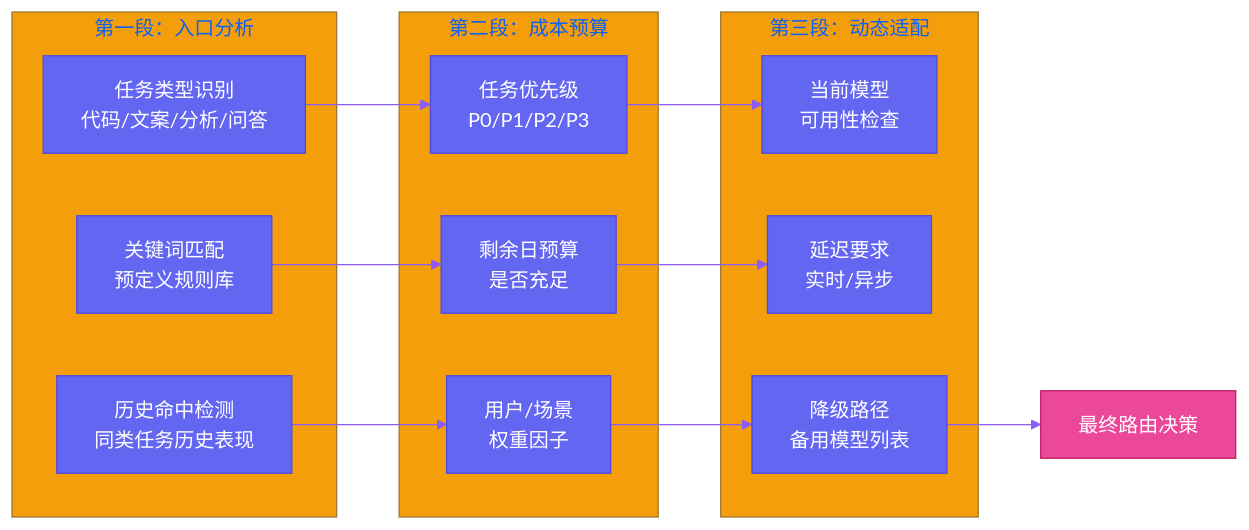
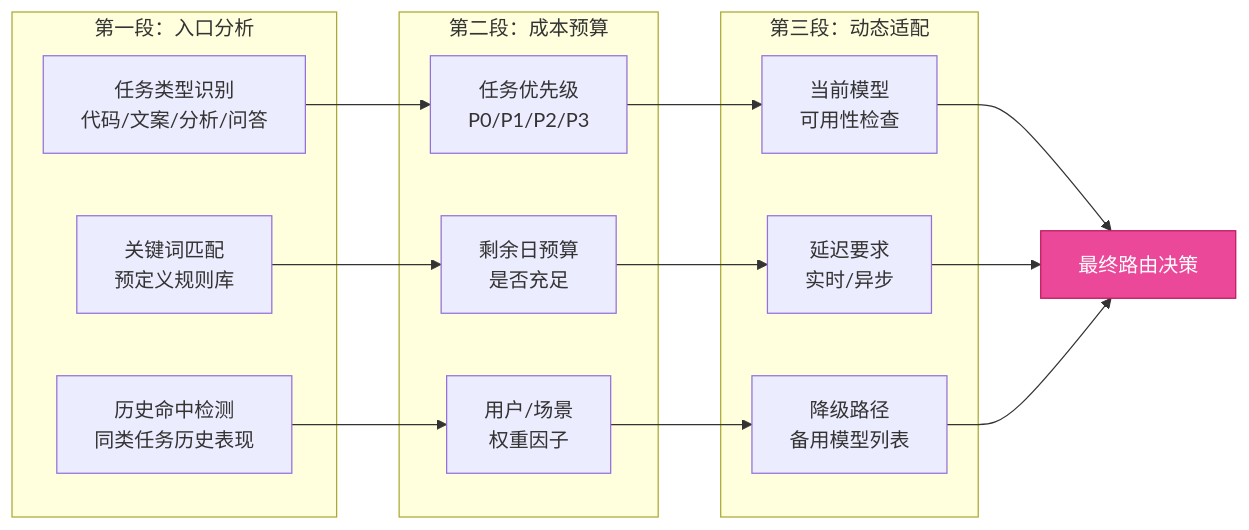
One commit to VokoForge/ai-prism changed the second of 4 diagrams in posts/yason-and-roberts/zh/ch06.md. Above: the diagram before and after it, drawn with Mermaid. The commit also changed other lines of this file and 31 other files, not shown here.

First line of the commit message:
✨ Rewrite all articles: hook titles, Mermaid diagrams, engaging style

````diff
--- a/posts/yason-and-roberts/zh/ch06.md
+++ b/posts/yason-and-roberts/zh/ch06.md
@@ -71,31 +70,32 @@
 ```mermaid
-%%{init: {'theme': 'base', 'themeVariables': {'primaryColor': '#6366f1','primaryTextColor': '#fff','primaryBorderColor': '#4f46e5','lineColor': '#8b5cf6','secondaryColor': '#ec4899','tertiaryColor': '#f59e0b'}}}%%
 flowchart LR
     subgraph "第一段：入口分析"
         S1["任务类型识别<br>代码/文案/分析/问答"]
         S2["关键词匹配<br>预定义规则库"]
         S3["历史命中检测<br>同类任务历史表现"]
     end
 
     subgraph "第二段：成本预算"
         T1["任务优先级<br>P0/P1/P2/P3"]
         T2["剩余日预算<br>是否充足"]
         T3["用户/场景<br>权重因子"]
     end
 
     subgraph "第三段：动态适配"
         U1["当前模型<br>可用性检查"]
         U2["延迟要求<br>实时/异步"]
         U3["降级路径<br>备用模型列表"]
     end
 
     S1 --> T1
     S2 --> T2
     S3 --> T3
     T1 --> U1
     T2 --> U2
     T3 --> U3
-    U3 --> V["最终路由决策"]
+    U1 --> V["最终路由决策"]
+    U2 --> V
+    U3 --> V
 
     style V fill:#ec4899,stroke:#be185d,color:#fff
 ```
````
